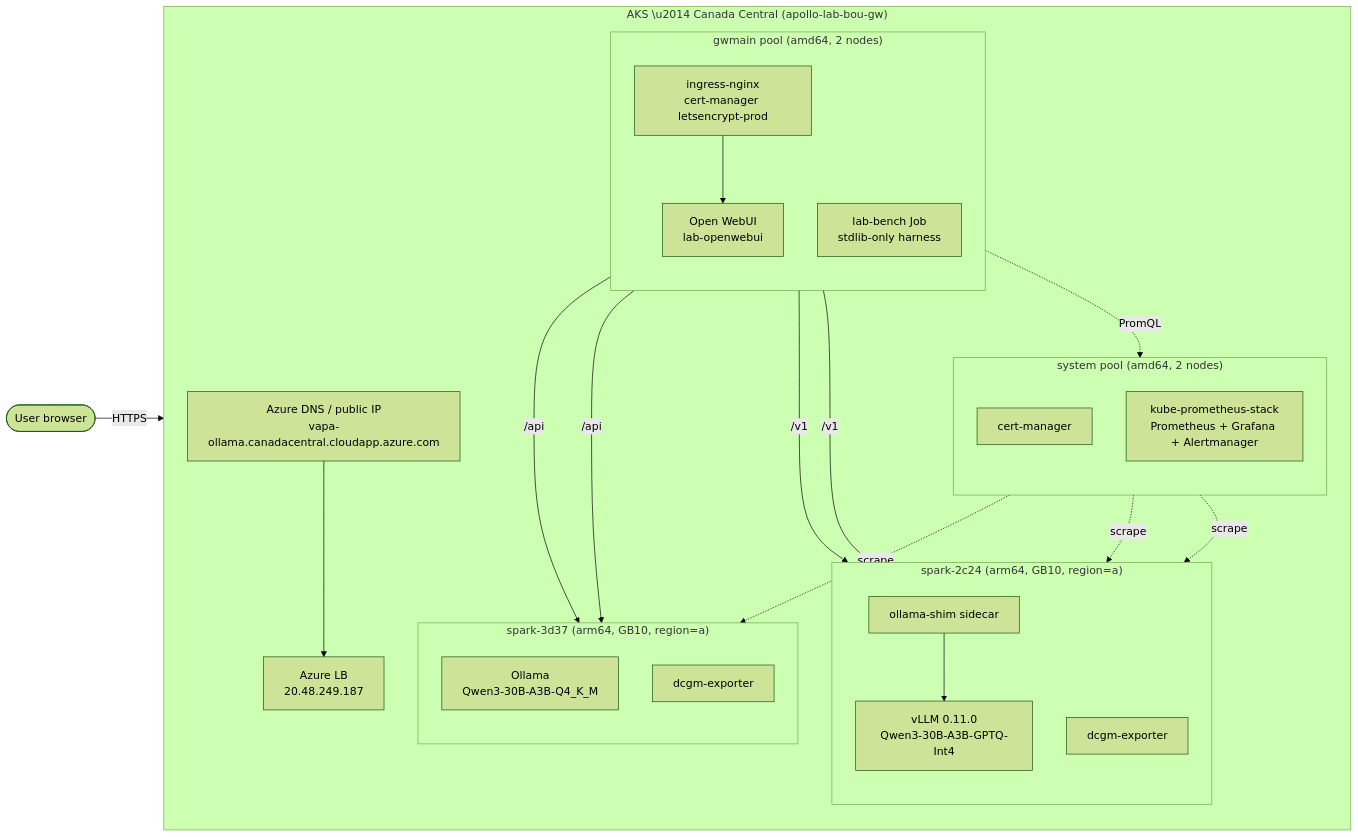
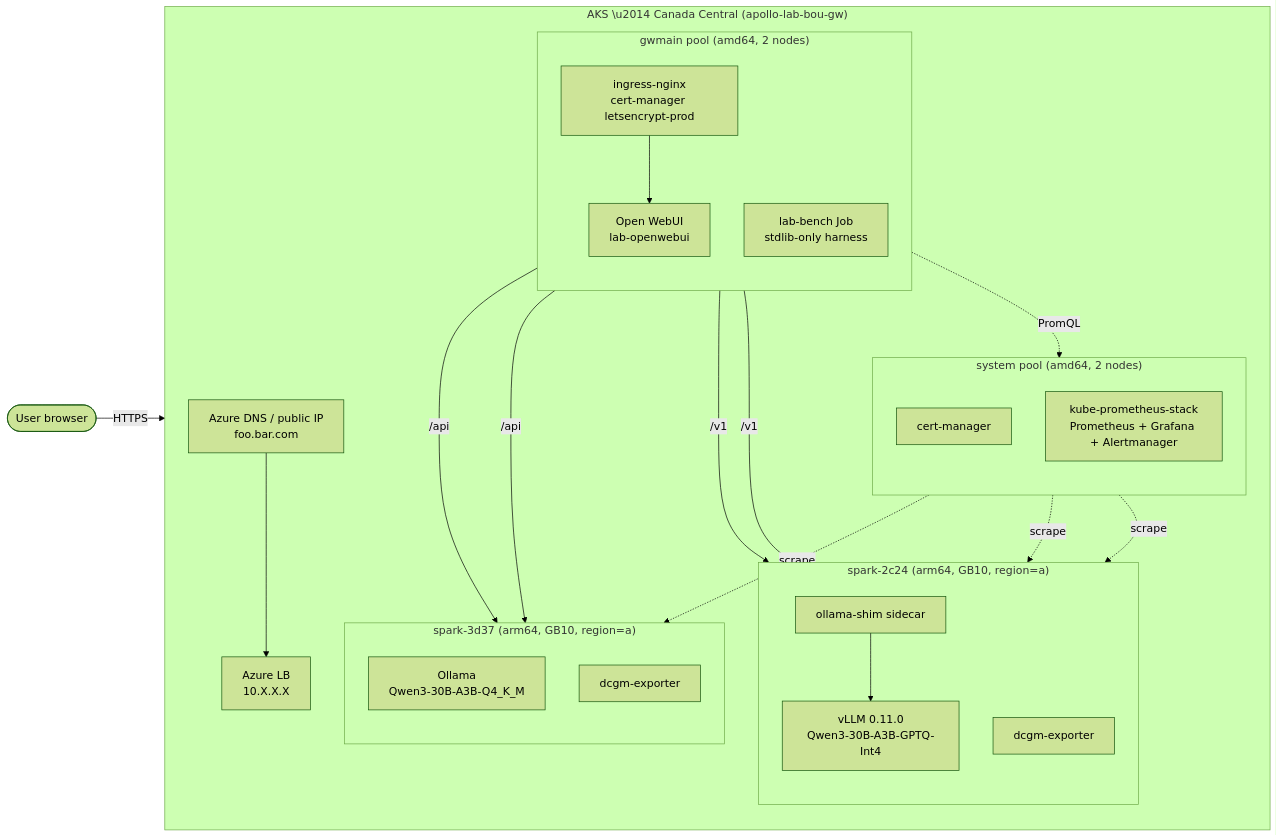
Before and after one commit to vpatelsj/unbounded-lab: the diagram in docs/wave-1/architecture.md, drawn with Mermaid (forest theme). The commit also changed 11 other files, not shown here.

````diff
--- a/docs/wave-1/architecture.md
+++ b/docs/wave-1/architecture.md
@@ -12,48 +12,48 @@
 ```mermaid
 flowchart LR
-  user([User browser]) -->|HTTPS| afd[Azure DNS / public IP<br/>vapa-ollama.canadacentral.cloudapp.azure.com]
+  user([User browser]) -->|HTTPS| afd[Azure DNS / public IP<br/>foo.bar.com]
 
   subgraph aks["AKS \u2014 Canada Central (apollo-lab-bou-gw)"]
     direction TB
-    afd --> lb[Azure LB<br/>20.48.249.187]
+    afd --> lb[Azure LB<br/>10.X.X.X]
           ing[ingress-nginx<br/>cert-manager letsencrypt-prod]
 
     subgraph sys["system pool (amd64, 2 nodes)"]
       direction TB
       cm[cert-manager]
       kps[kube-prometheus-stack<br/>Prometheus + Grafana + Alertmanager]
     end
 
     subgraph gw["gwmain pool (amd64, 2 nodes)"]
       direction TB
       ing
       owui[Open WebUI<br/>lab-openwebui]
       bench[lab-bench Job<br/>stdlib-only harness]
     end
 
     subgraph spark2["spark-2c24 (arm64, GB10, region=a)"]
       direction TB
       vllm[vLLM 0.11.0<br/>Qwen3-30B-A3B-GPTQ-Int4]
       shim[ollama-shim sidecar]
       dcgm2[dcgm-exporter]
     end
 
     subgraph spark3["spark-3d37 (arm64, GB10, region=a)"]
       direction TB
       ollama[Ollama<br/>Qwen3-30B-A3B-Q4_K_M]
       dcgm3[dcgm-exporter]
     end
 
     ing --> owui
     owui -->|/v1| shim
     shim --> vllm
     owui -->|/api| ollama
     bench -->|/v1| vllm
     bench -->|/api| ollama
 
     kps -. scrape .-> dcgm2
     kps -. scrape .-> dcgm3
     kps -. scrape .-> vllm
     bench -. PromQL .-> kps
   end
 ```
````
